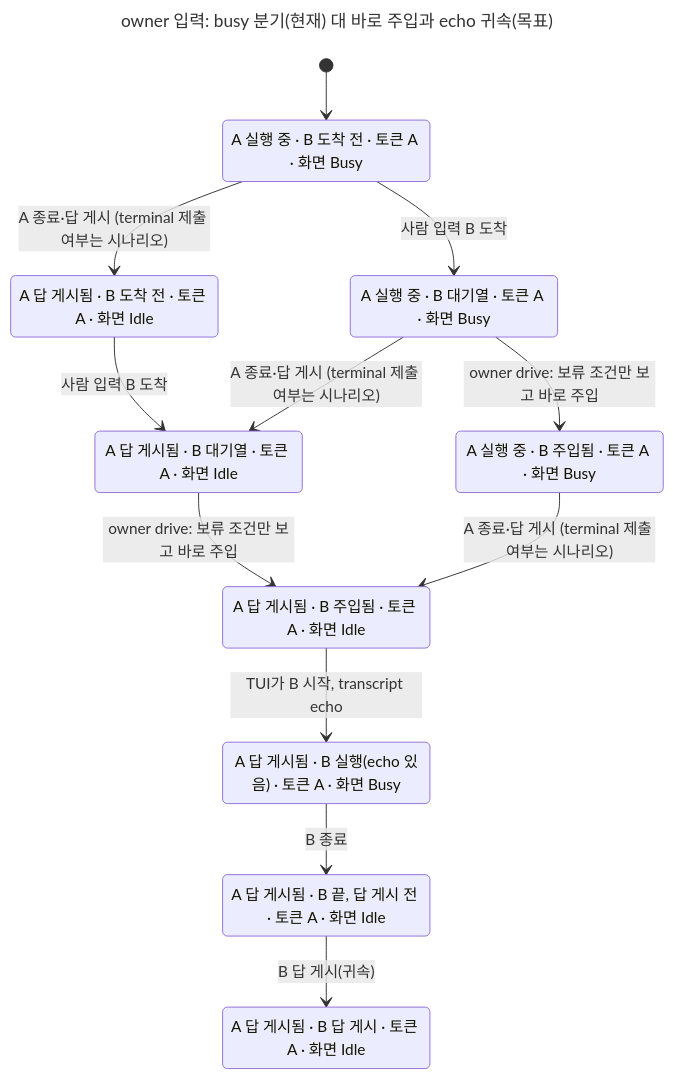
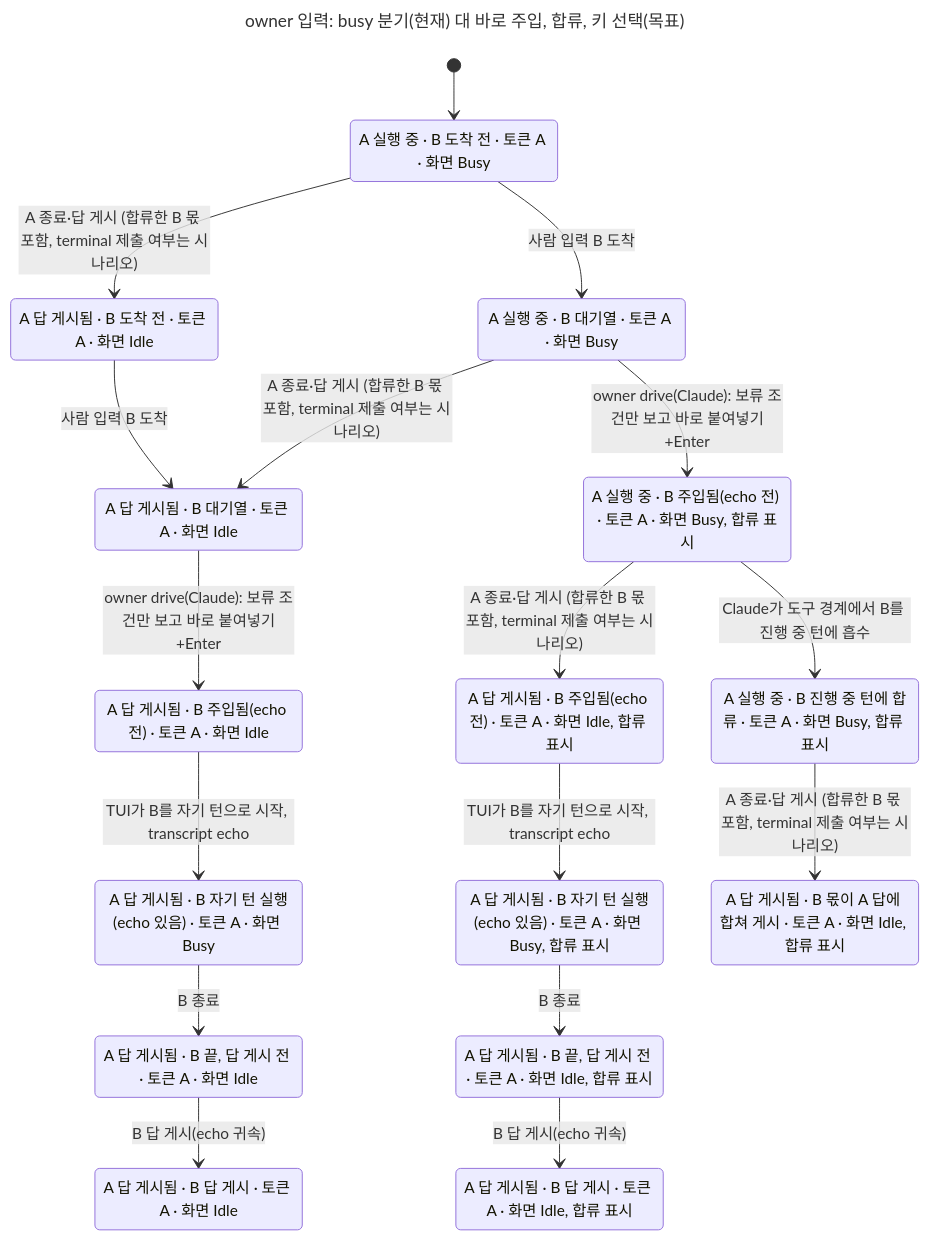
Before and after one commit to itismyfield/AgentDesk: the diagram in docs/statecharts/input-single-path/owner-input-busy-split.target-8432.chart.mmd, drawn with Mermaid. The commit also changed 30 other files, not shown here.

```diff
--- a/docs/statecharts/input-single-path/owner-input-busy-split.target-8432.chart.mmd
+++ b/docs/statecharts/input-single-path/owner-input-busy-split.target-8432.chart.mmd
@@ -1,24 +1,35 @@
 ---
-title: "owner 입력: busy 분기(현재) 대 바로 주입과 echo 귀속(목표)"
+title: "owner 입력: busy 분기(현재) 대 바로 주입, 합류, 키 선택(목표)"
 ---
 stateDiagram-v2
   s0: A 실행 중 #183; B 도착 전 #183; 토큰 A #183; 화면 Busy
   s1: A 답 게시됨 #183; B 도착 전 #183; 토큰 A #183; 화면 Idle
   s2: A 실행 중 #183; B 대기열 #183; 토큰 A #183; 화면 Busy
   s3: A 답 게시됨 #183; B 대기열 #183; 토큰 A #183; 화면 Idle
-  s4: A 실행 중 #183; B 주입됨 #183; 토큰 A #183; 화면 Busy
-  s5: A 답 게시됨 #183; B 주입됨 #183; 토큰 A #183; 화면 Idle
-  s6: A 답 게시됨 #183; B 실행(echo 있음) #183; 토큰 A #183; 화면 Busy
-  s7: A 답 게시됨 #183; B 끝, 답 게시 전 #183; 토큰 A #183; 화면 Idle
-  s8: A 답 게시됨 #183; B 답 게시 #183; 토큰 A #183; 화면 Idle
+  s4: A 실행 중 #183; B 주입됨(echo 전) #183; 토큰 A #183; 화면 Busy, 합류 표시
+  s5: A 답 게시됨 #183; B 주입됨(echo 전) #183; 토큰 A #183; 화면 Idle
+  s6: A 답 게시됨 #183; B 주입됨(echo 전) #183; 토큰 A #183; 화면 Idle, 합류 표시
+  s7: A 실행 중 #183; B 진행 중 턴에 합류 #183; 토큰 A #183; 화면 Busy, 합류 표시
+  s8: A 답 게시됨 #183; B 몫이 A 답에 합쳐 게시 #183; 토큰 A #183; 화면 Idle, 합류 표시
+  s9: A 답 게시됨 #183; B 자기 턴 실행(echo 있음) #183; 토큰 A #183; 화면 Busy
+  s10: A 답 게시됨 #183; B 자기 턴 실행(echo 있음) #183; 토큰 A #183; 화면 Busy, 합류 표시
+  s11: A 답 게시됨 #183; B 끝, 답 게시 전 #183; 토큰 A #183; 화면 Idle
+  s12: A 답 게시됨 #183; B 끝, 답 게시 전 #183; 토큰 A #183; 화면 Idle, 합류 표시
+  s13: A 답 게시됨 #183; B 답 게시 #183; 토큰 A #183; 화면 Idle
+  s14: A 답 게시됨 #183; B 답 게시 #183; 토큰 A #183; 화면 Idle, 합류 표시
   [*] --> s0
-  s0 --> s1: A 종료#183;답 게시 (terminal 제출 여부는 시나리오)
+  s0 --> s1: A 종료#183;답 게시 (합류한 B 몫 포함, terminal 제출 여부는 시나리오)
   s0 --> s2: 사람 입력 B 도착
   s1 --> s3: 사람 입력 B 도착
-  s2 --> s3: A 종료#183;답 게시 (terminal 제출 여부는 시나리오)
-  s2 --> s4: owner drive: 보류 조건만 보고 바로 주입
-  s3 --> s5: owner drive: 보류 조건만 보고 바로 주입
-  s4 --> s5: A 종료#183;답 게시 (terminal 제출 여부는 시나리오)
-  s5 --> s6: TUI가 B 시작, transcript echo
-  s6 --> s7: B 종료
-  s7 --> s8: B 답 게시(귀속)
+  s2 --> s3: A 종료#183;답 게시 (합류한 B 몫 포함, terminal 제출 여부는 시나리오)
+  s2 --> s4: owner drive(Claude): 보류 조건만 보고 바로 붙여넣기+Enter
+  s3 --> s5: owner drive(Claude): 보류 조건만 보고 바로 붙여넣기+Enter
+  s4 --> s6: A 종료#183;답 게시 (합류한 B 몫 포함, terminal 제출 여부는 시나리오)
+  s4 --> s7: Claude가 도구 경계에서 B를 진행 중 턴에 흡수
+  s5 --> s9: TUI가 B를 자기 턴으로 시작, transcript echo
+  s6 --> s10: TUI가 B를 자기 턴으로 시작, transcript echo
+  s7 --> s8: A 종료#183;답 게시 (합류한 B 몫 포함, terminal 제출 여부는 시나리오)
+  s9 --> s11: B 종료
+  s10 --> s12: B 종료
+  s11 --> s13: B 답 게시(echo 귀속)
+  s12 --> s14: B 답 게시(echo 귀속)
```
